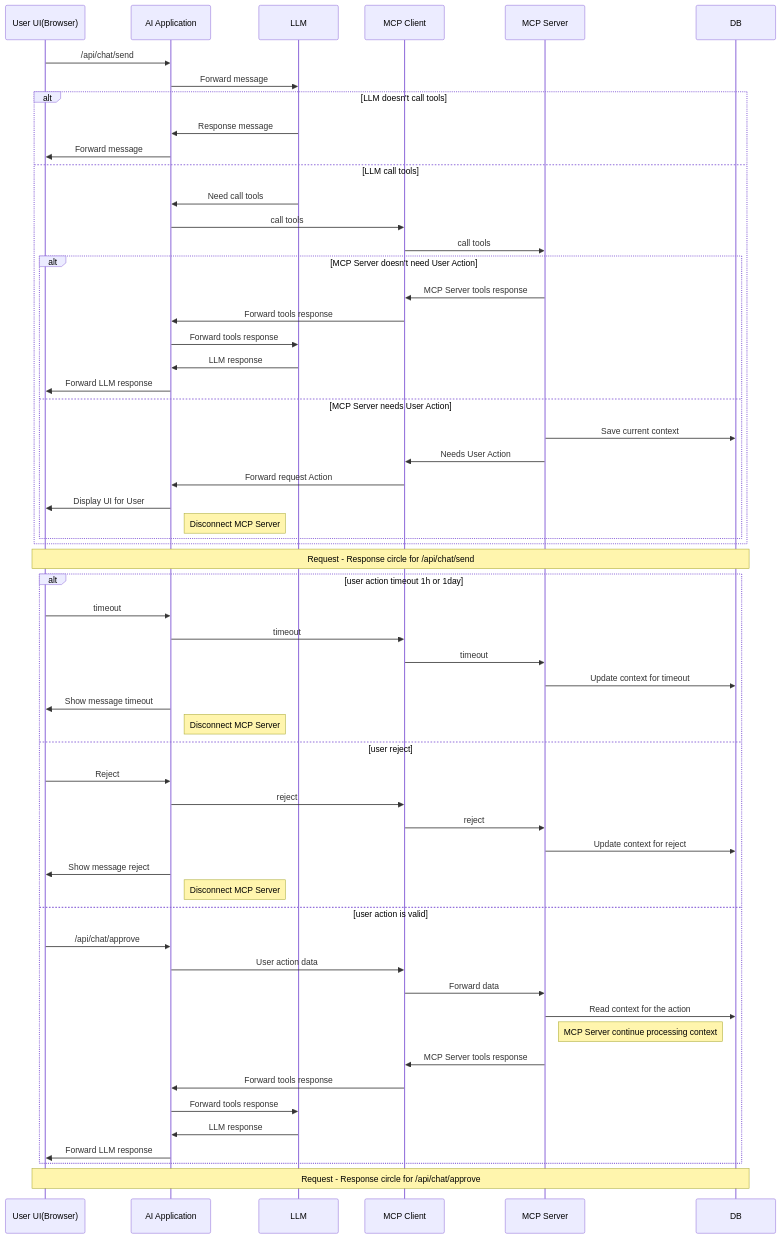
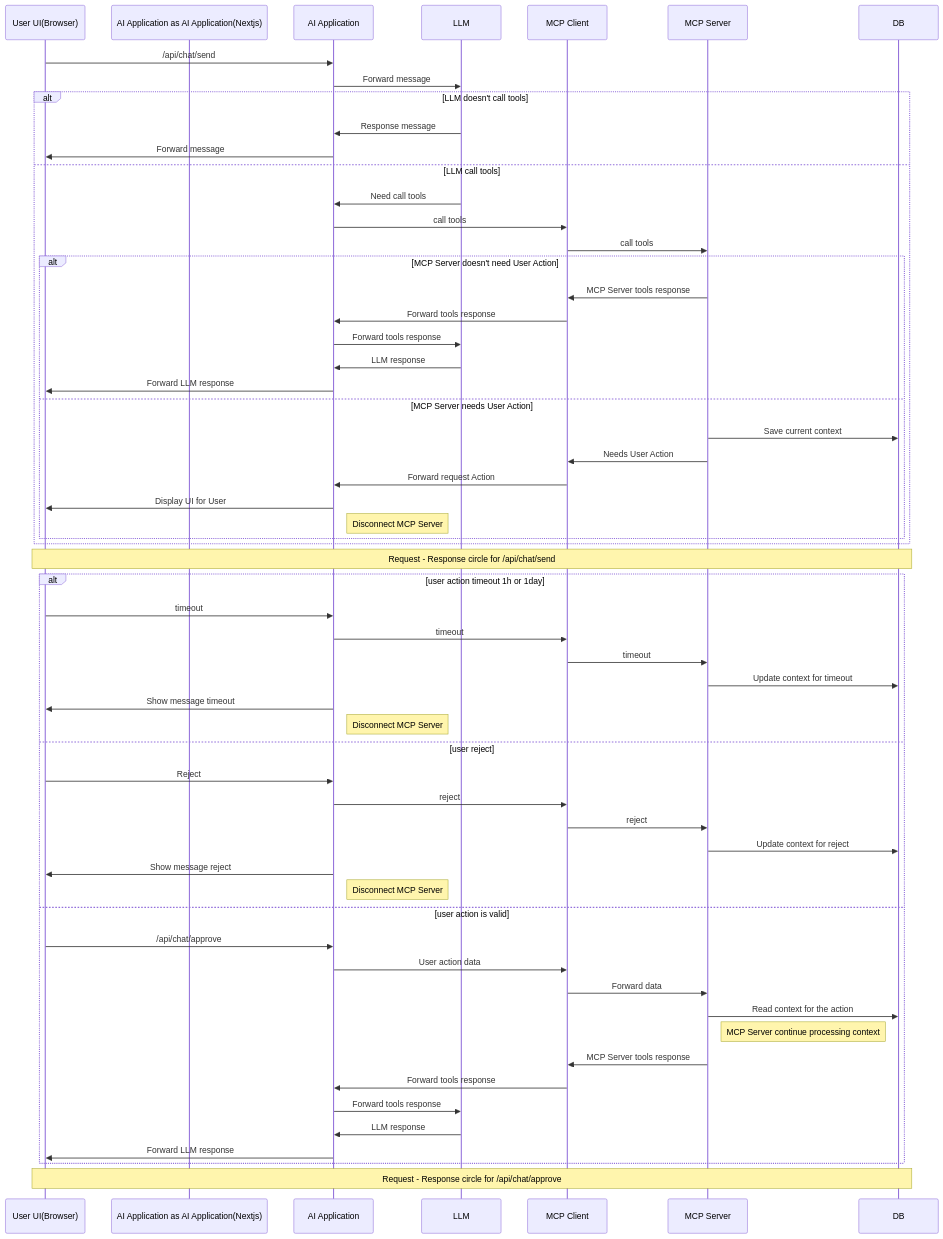
Before and after one commit to lehung1109/chatbot-groq: the diagram in README.md, drawn with Mermaid.

Commit message:
Add AI Application participant to README.md sequence diagram, enhancing clarity of interactions between User and AI Application in the chat flow.

````diff
--- a/README.md
+++ b/README.md
@@ -57,55 +57,57 @@
 ```mermaid
 sequenceDiagram
     participant User as User UI(Browser)
+    participant AI Application as AI Application(Nextjs)
+
     User->>AI Application:/api/chat/send
     AI Application->>LLM:Forward message
     alt LLM doesn't call tools
         LLM->>AI Application:Response message
         AI Application->>User:Forward message
     else LLM call tools
         LLM->>AI Application:Need call tools
         AI Application->>MCP Client:call tools
         MCP Client->>MCP Server: call tools
         alt MCP Server doesn't need User Action
             MCP Server->>MCP Client:MCP Server tools response
             MCP Client->>AI Application:Forward tools response
             AI Application->>LLM:Forward tools response
             LLM->>AI Application:LLM response
             AI Application->>User:Forward LLM response
         else MCP Server needs User Action
             MCP Server->>DB:Save current context
             MCP Server->>MCP Client:Needs User Action
             MCP Client->>AI Application:Forward request Action
             AI Application->>User:Display UI for User
             Note right of AI Application:Disconnect MCP Server
         end
     end
     Note over User,DB: Request - Response circle for /api/chat/send
     alt user action timeout 1h or 1day
         User->>AI Application:timeout
         AI Application->>MCP Client:timeout
         MCP Client->>MCP Server:timeout
         MCP Server->>DB:Update context for timeout
         AI Application->>User:Show message timeout
         Note right of AI Application:Disconnect MCP Server
     else user reject
         User->>AI Application:Reject
         AI Application->>MCP Client:reject
         MCP Client->>MCP Server:reject
         MCP Server->>DB:Update context for reject
         AI Application->>User:Show message reject
         Note right of AI Application:Disconnect MCP Server
     else user action is valid
         User->>AI Application:/api/chat/approve
         AI Application->>MCP Client:User action data
         MCP Client->>MCP Server:Forward data
         MCP Server->>DB:Read context for the action
         Note right of MCP Server:MCP Server continue processing context
         MCP Server->>MCP Client:MCP Server tools response
         MCP Client->>AI Application:Forward tools response
         AI Application->>LLM:Forward tools response
         LLM->>AI Application:LLM response
         AI Application->>User:Forward LLM response
     end
     Note over User,DB: Request - Response circle for /api/chat/approve
 ```
````
